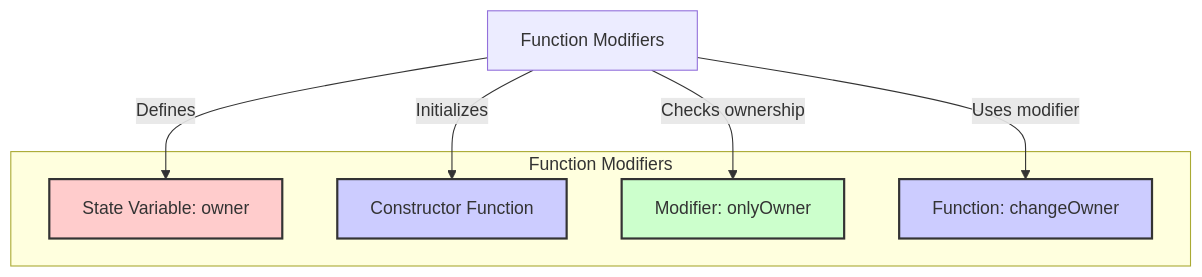
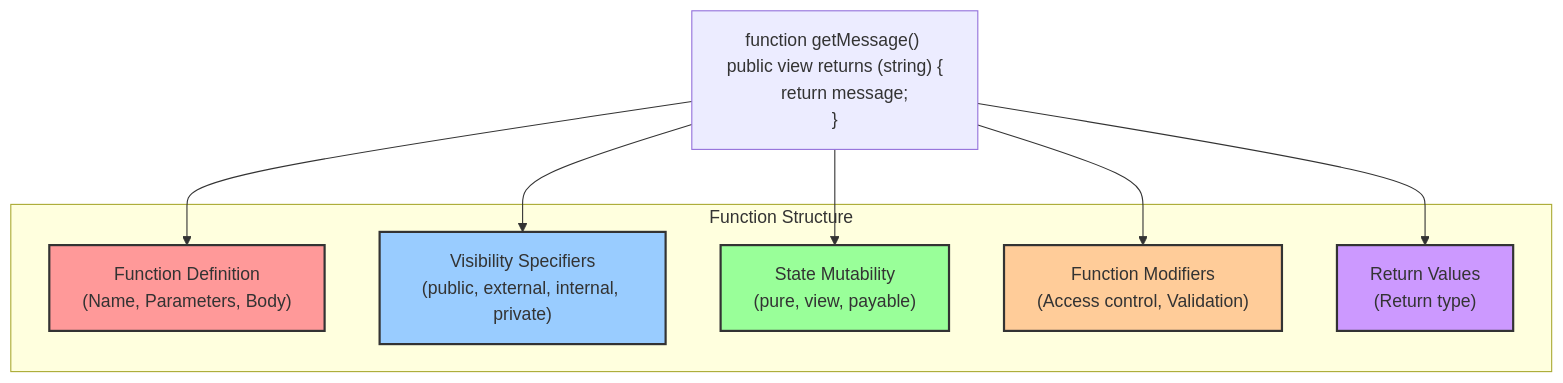
The ninth of 30 diagrams in _posts/2024-07-09-introduction-to-solidity.md (kelvin-bz/blog), drawn with Mermaid before and after one commit. The commit also changed other lines of this file, not shown here.

Commit message:
update function

````diff
--- a/_posts/2024-07-09-introduction-to-solidity.md
+++ b/_posts/2024-07-09-introduction-to-solidity.md
@@ -842,29 +838,30 @@
 ```mermaid
-graph TB
-    functionModifiers["Function Modifiers"]
-    ownerVar["State Variable: owner"]
-    constructorFunc["Constructor Function"]
-    onlyOwnerModifier["Modifier: onlyOwner"]
-    changeOwnerFunc["Function: changeOwner"]
+graph TD
+    functionExample["function getMessage() public view returns (string) {\n    return message;\n}"]
+    functionDefinition["Function Definition\n(Name, Parameters, Body)"]:::fdColor
+    visibilitySpecifiers["Visibility Specifiers\n(public, external, internal, private)"]:::vsColor
+    stateMutability["State Mutability\n(pure, view, payable)"]:::smColor
+    functionModifiers["Function Modifiers\n(Access control, Validation)"]:::fmColor
+    returnValues["Return Values\n(Return type)"]:::rvColor
 
-    functionModifiers -->|Defines| ownerVar
-    functionModifiers -->|Initializes| constructorFunc
-    functionModifiers -->|Checks ownership| onlyOwnerModifier
-    functionModifiers -->|Uses modifier| changeOwnerFunc
+    functionExample --> functionDefinition
+    functionExample --> visibilitySpecifiers
+    functionExample --> stateMutability
+    functionExample --> functionModifiers
+    functionExample --> returnValues
 
-    subgraph modifierStructure["Function Modifiers"]
-        ownerVar
-        constructorFunc
-        onlyOwnerModifier
-        changeOwnerFunc
+    subgraph functionStructure["Function Structure"]
+        functionDefinition
+        visibilitySpecifiers
+        stateMutability
+        functionModifiers
+        returnValues
     end
 
-    classDef state fill:#ffcccc,stroke:#333,stroke-width:2px;
-    classDef function fill:#ccccff,stroke:#333,stroke-width:2px;
-    classDef modifier fill:#ccffcc,stroke:#333,stroke-width:2px;
+    classDef fdColor fill:#ff9999,stroke:#333,stroke-width:2px;
+    classDef vsColor fill:#99ccff,stroke:#333,stroke-width:2px;
+    classDef smColor fill:#99ff99,stroke:#333,stroke-width:2px;
+    classDef fmColor fill:#ffcc99,stroke:#333,stroke-width:2px;
+    classDef rvColor fill:#cc99ff,stroke:#333,stroke-width:2px;
 
-    ownerVar:::state
-    constructorFunc:::function
-    onlyOwnerModifier:::modifier
-    changeOwnerFunc:::function
 ```
````
